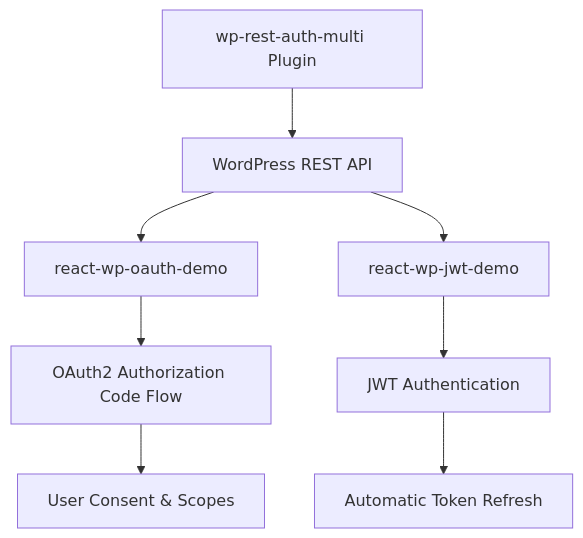
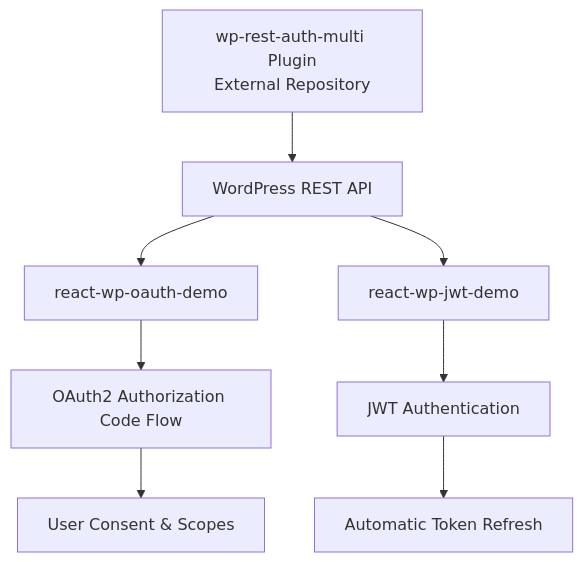
One commit to juanma-wp/wcg2025-demos changed the diagram in README.md. Above: the diagram before and after it, drawn with Mermaid. The commit also changed other lines of this file, not shown here.

First line of the commit message:
Update README.md to clarify demo application structure and plugin requirements

````diff
--- a/README.md
+++ b/README.md
@@ -225,12 +170,12 @@
 ```mermaid
 graph TD
-    A[wp-rest-auth-multi Plugin] --> B[WordPress REST API]
+    A[wp-rest-auth-multi Plugin<br/>External Repository] --> B[WordPress REST API]
     B --> C[react-wp-oauth-demo]
     B --> D[react-wp-jwt-demo]
 
     C --> E[OAuth2 Authorization Code Flow]
     D --> F[JWT Authentication]
 
     E --> G[User Consent & Scopes]
     F --> H[Automatic Token Refresh]
 ```
````
